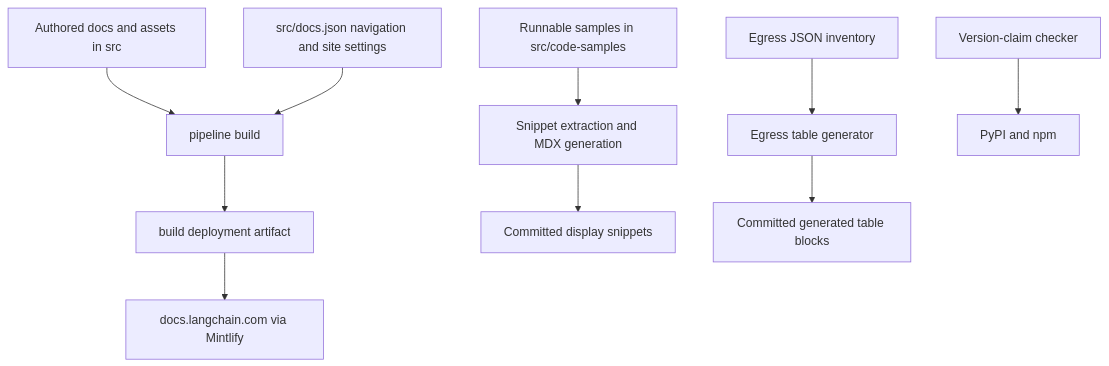
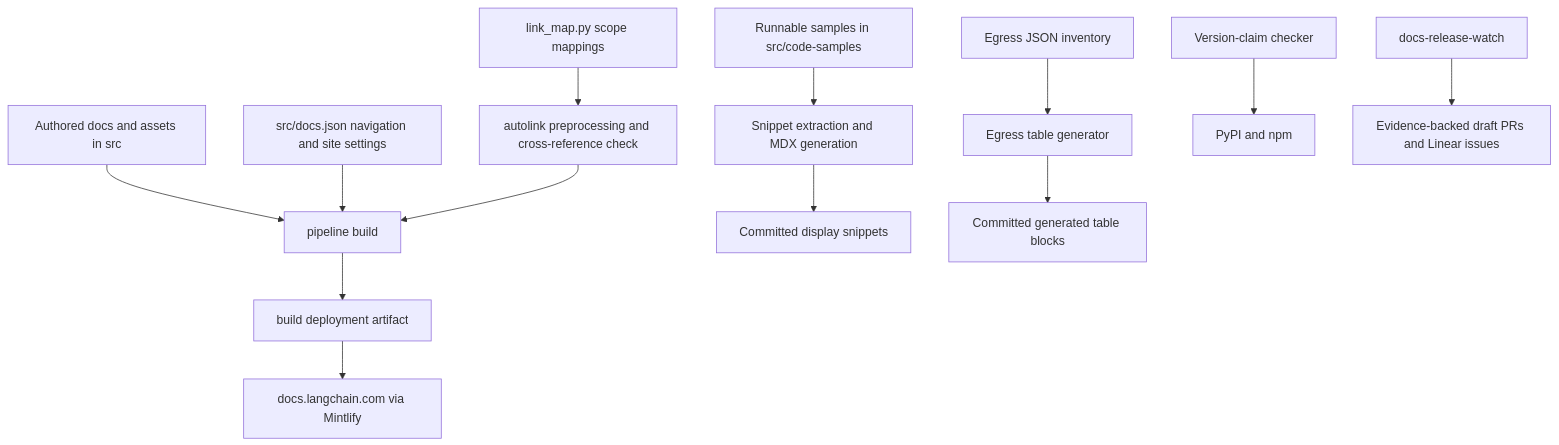
One commit to langchain-ai/docs changed the diagram in openwiki/architecture/source-map.md. Above: the diagram before and after it, drawn with Mermaid. The commit also changed other lines of this file and 42 other files, not shown here.

````diff
--- a/openwiki/architecture/source-map.md
+++ b/openwiki/architecture/source-map.md
@@ -63,12 +71,15 @@
 ```mermaid
 flowchart TD
     Authored["Authored docs and assets in src"] --> Pipeline["pipeline build"]
     Nav["src/docs.json navigation and site settings"] --> Pipeline
+    Links["link_map.py scope mappings"] --> CrossRefs["autolink preprocessing and cross-reference check"]
+    CrossRefs --> Pipeline
     Pipeline --> Build["build deployment artifact"]
     Build --> Site["docs.langchain.com via Mintlify"]
     Samples["Runnable samples in src/code-samples"] --> SnippetTools["Snippet extraction and MDX generation"]
     SnippetTools --> Snippets["Committed display snippets"]
     Inventory["Egress JSON inventory"] --> EgressTool["Egress table generator"]
     EgressTool --> Pages["Committed generated table blocks"]
     VersionCheck["Version-claim checker"] --> Registries["PyPI and npm"]
+    ReleaseWatch["docs-release-watch"] --> Drafts["Evidence-backed draft PRs and Linear issues"]
 ```
````
